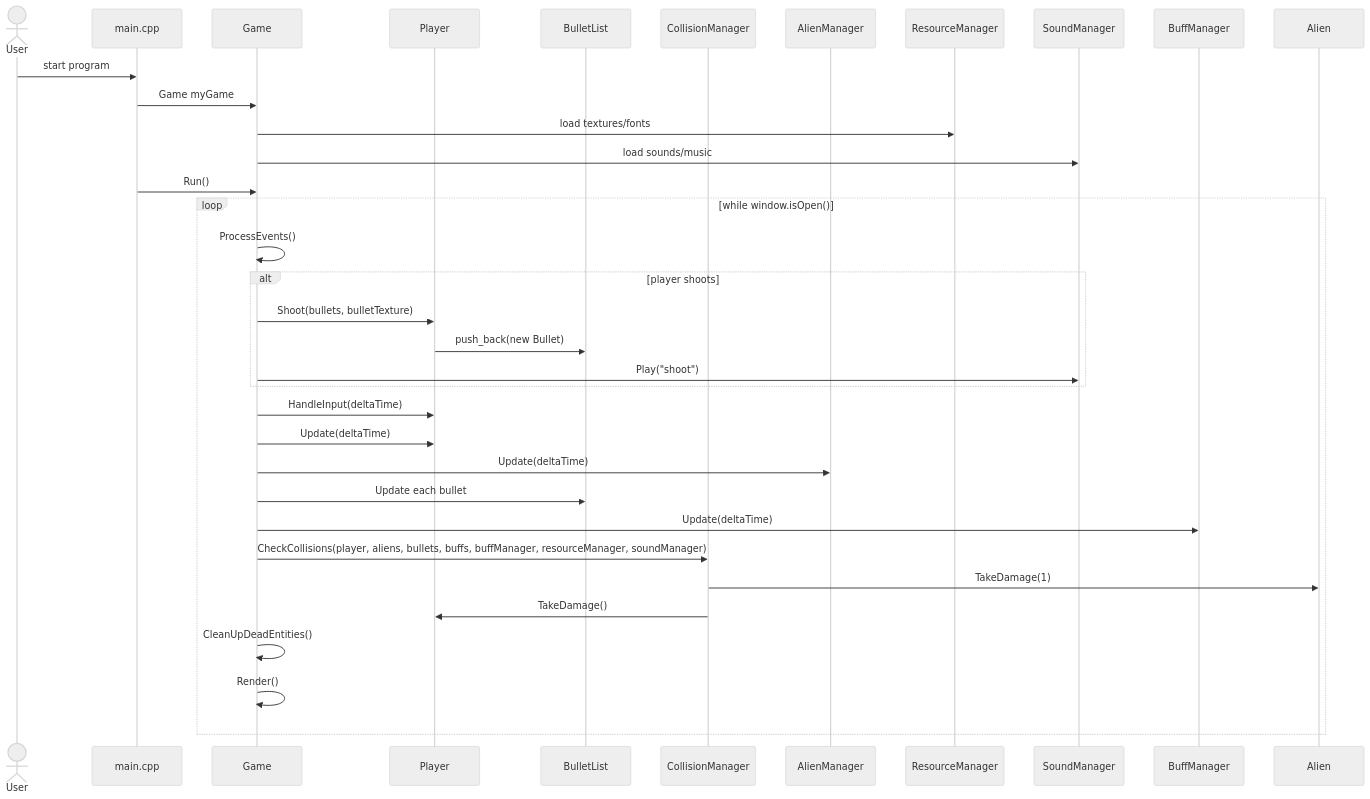
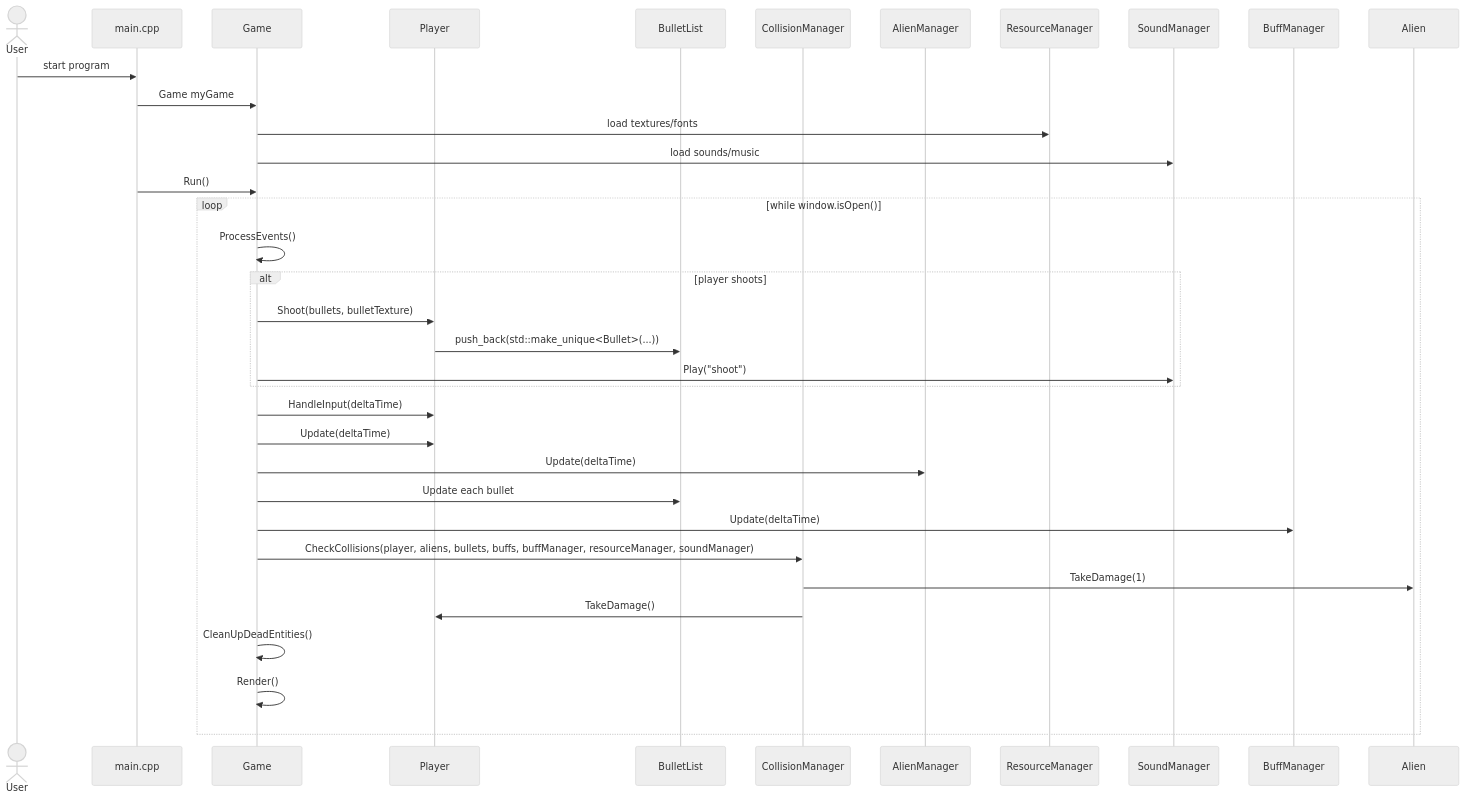
Before and after one commit to dnvinh2402/oop: the first of 2 diagrams in UML/sequence_diagrams.md, drawn with Mermaid (neutral theme). The commit also changed 26 other files, not shown here.

````diff
--- a/UML/sequence_diagrams.md
+++ b/UML/sequence_diagrams.md
@@ -5,35 +5,35 @@
 ```mermaid
 sequenceDiagram
     actor User
     participant Main as main.cpp
     participant Game
     participant Player
     participant Bullets as BulletList
     participant Collision as CollisionManager
     participant Aliens as AlienManager
 
     User ->> Main: start program
     Main ->> Game: Game myGame
     Game ->> ResourceManager: load textures/fonts
     Game ->> SoundManager: load sounds/music
     Main ->> Game: Run()
 
     loop while window.isOpen()
         Game ->> Game: ProcessEvents()
         alt player shoots
             Game ->> Player: Shoot(bullets, bulletTexture)
-            Player ->> Bullets: push_back(new Bullet)
+            Player ->> Bullets: push_back(std::make_unique<Bullet>(...))
             Game ->> SoundManager: Play("shoot")
         end
         Game ->> Player: HandleInput(deltaTime)
         Game ->> Player: Update(deltaTime)
         Game ->> Aliens: Update(deltaTime)
         Game ->> Bullets: Update each bullet
         Game ->> BuffManager: Update(deltaTime)
         Game ->> Collision: CheckCollisions(player, aliens, bullets, buffs, buffManager, resourceManager, soundManager)
         Collision ->> Alien: TakeDamage(1)
         Collision ->> Player: TakeDamage()
         Game ->> Game: CleanUpDeadEntities()
         Game ->> Game: Render()
     end
 ```
````
